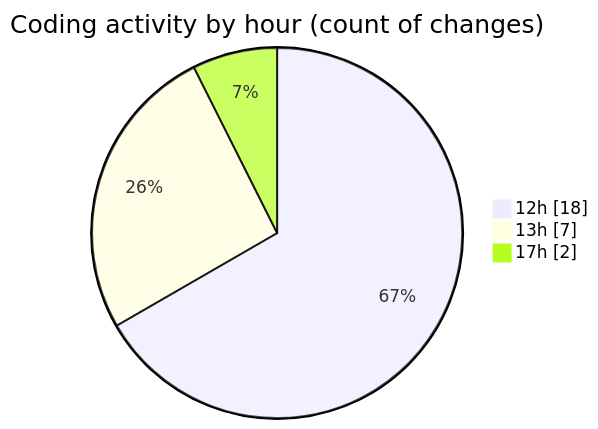
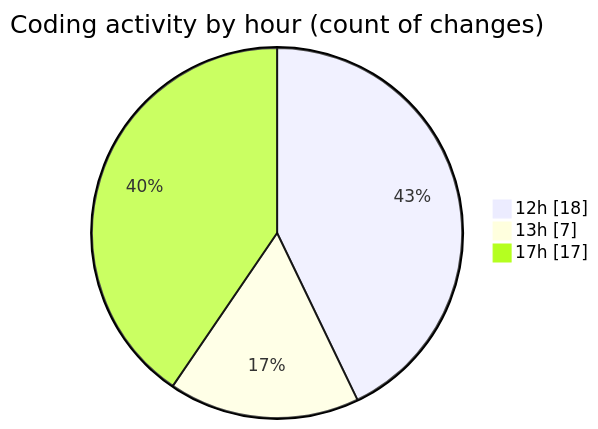
The second of 2 diagrams in 2025-06-14/nxtqube_webapp/README.md (nxtqubesakshisongat/code-tracking), drawn with Mermaid before and after one commit. The commit also changed other lines of this file and 1 other file, not shown here.

````diff
--- a/2025-06-14/nxtqube_webapp/README.md
+++ b/2025-06-14/nxtqube_webapp/README.md
@@ -33,7 +34,7 @@
 ```mermaid
 pie showData
 title Coding activity by hour (count of changes)
 "12h" : 18
 "13h" : 7
-"17h" : 2
+"17h" : 17
 ```
````
